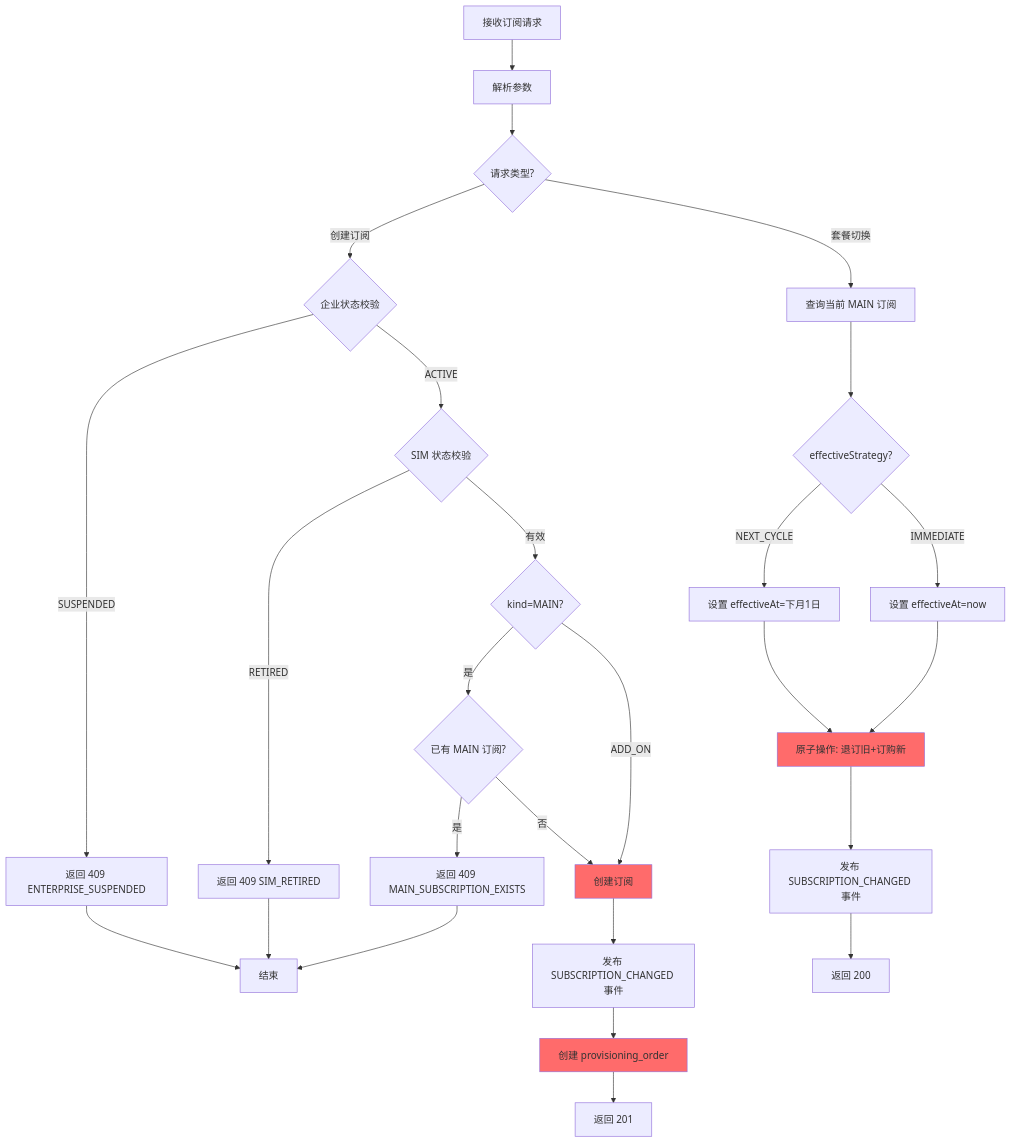
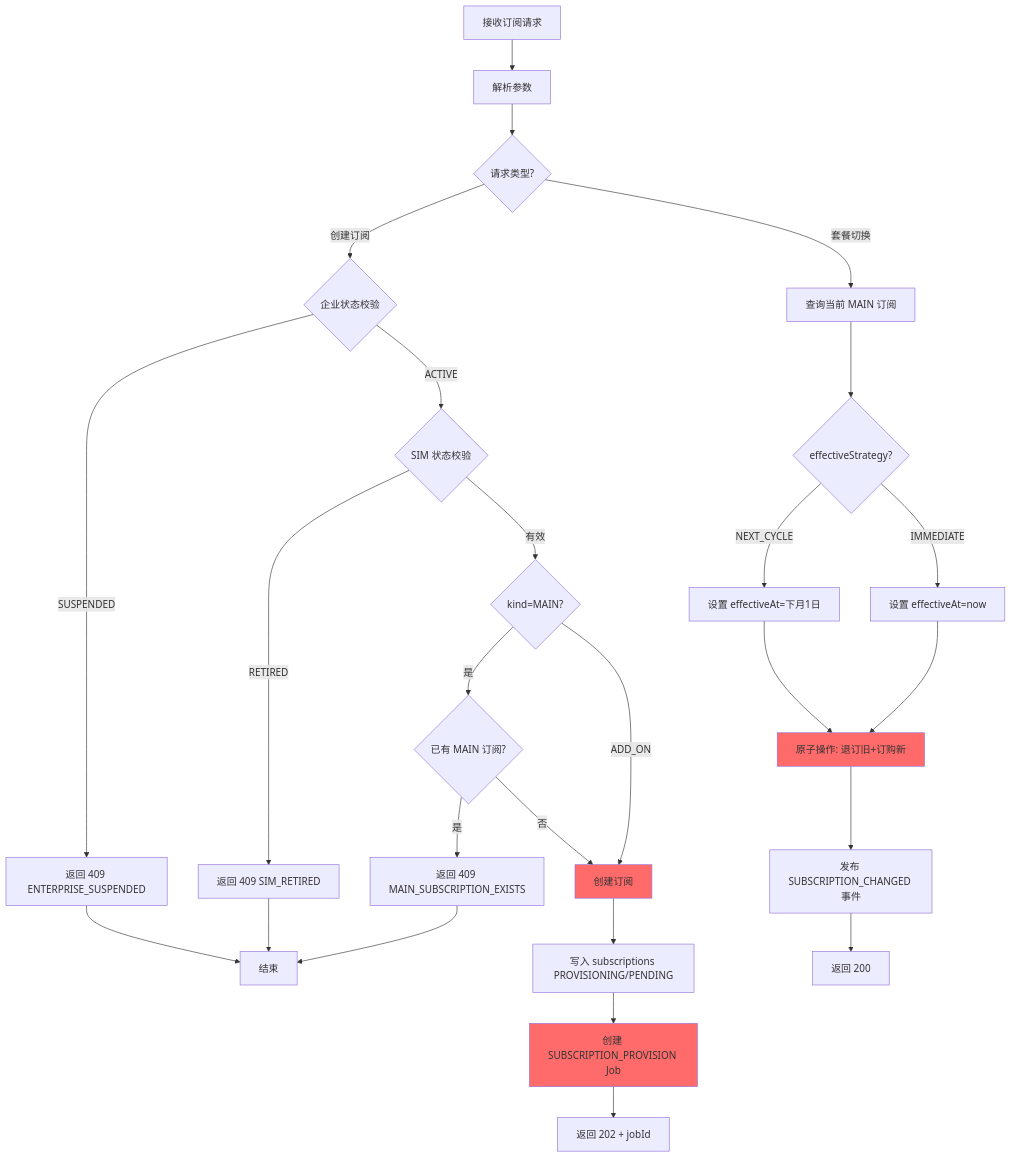
One commit to Stewart-Yang-85/CMP changed diagram 13 of 16 in specs/20260208-iot-cmp-reseller/technical-design.md. Above: the diagram before and after it, drawn with Mermaid. The commit also changed other lines of this file and 404 other files, not shown here.

````diff
--- a/specs/20260208-iot-cmp-reseller/technical-design.md
+++ b/specs/20260208-iot-cmp-reseller/technical-design.md
@@ -1425,35 +1423,35 @@
 ```mermaid
 graph TD
     Start["接收订阅请求"] --> A["解析参数"]
     A --> B{"请求类型?"}
 
     B -->|"创建订阅"| C{"企业状态校验"}
     C -->|"SUSPENDED"| ERR1["返回 409 ENTERPRISE_SUSPENDED"]
     C -->|"ACTIVE"| D{"SIM 状态校验"}
     D -->|"RETIRED"| ERR2["返回 409 SIM_RETIRED"]
     D -->|"有效"| E{"kind=MAIN?"}
     E -->|"是"| F{"已有 MAIN 订阅?"}
     F -->|"是"| ERR3["返回 409 MAIN_SUBSCRIPTION_EXISTS"]
     F -->|"否"| G["创建订阅"]
     E -->|"ADD_ON"| G
-    G --> H["发布 SUBSCRIPTION_CHANGED 事件"]
-    H --> I["创建 provisioning_order"]
-    I --> End["返回 201"]
+    G --> H["写入 subscriptions PROVISIONING/PENDING"]
+    H --> I["创建 SUBSCRIPTION_PROVISION Job"]
+    I --> End["返回 202 + jobId"]
 
     B -->|"套餐切换"| J["查询当前 MAIN 订阅"]
     J --> K{"effectiveStrategy?"}
     K -->|"NEXT_CYCLE"| L["设置 effectiveAt=下月1日"]
     K -->|"IMMEDIATE"| M["设置 effectiveAt=now"]
     L --> N["原子操作: 退订旧+订购新"]
     M --> N
     N --> O["发布 SUBSCRIPTION_CHANGED 事件"]
     O --> End2["返回 200"]
 
     ERR1 --> EndErr["结束"]
     ERR2 --> EndErr
     ERR3 --> EndErr
 
     style G fill:#ff6b6b
     style N fill:#ff6b6b
     style I fill:#ff6b6b
 ```
````
